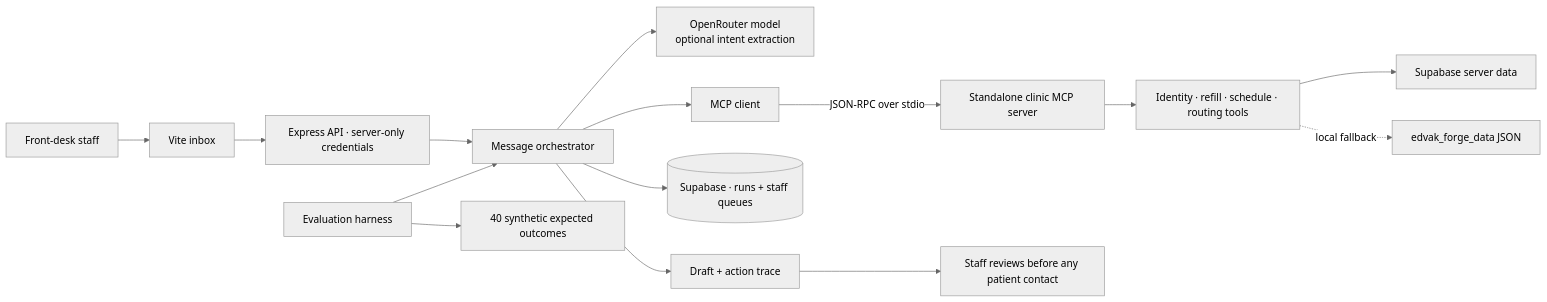
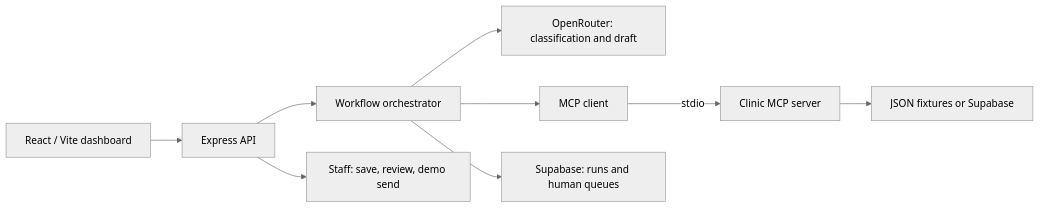
One commit to samiuddin155/edvakehr changed the diagram in README.md. Above: the diagram before and after it, drawn with Mermaid (neutral theme). The commit also changed other lines of this file and 66 other files, not shown here.

````diff
--- a/README.md
+++ b/README.md
@@ -9,17 +23,11 @@
 ```mermaid
 flowchart LR
-  Staff[Front-desk staff] --> UI[Vite inbox]
-  UI --> API[Express API · server-only credentials]
-  API --> Agent[Message orchestrator]
-  Agent --> OR[OpenRouter model\noptional intent extraction]
-  Agent --> MCPClient[MCP client]
-  MCPClient -->|JSON-RPC over stdio| MCPServer[Standalone clinic MCP server]
-  MCPServer --> Rules[Identity · refill · schedule · routing tools]
-  Rules --> Data[Supabase server data]
-  Rules -. local fallback .-> JSON[edvak_forge_data JSON]
-  Agent --> Store[(Supabase · runs + staff queues)]
-  Agent --> Draft[Draft + action trace]
-  Draft --> Review[Staff reviews before any patient contact]
-  Eval[Evaluation harness] --> Agent
-  Eval --> Labels[40 synthetic expected outcomes]
+  UI[React / Vite dashboard] --> API[Express API]
+  API --> Agent[Workflow orchestrator]
+  Agent --> Model[OpenRouter: classification and draft]
+  Agent --> Client[MCP client]
+  Client -->|stdio| MCP[Clinic MCP server]
+  MCP --> Data[JSON fixtures or Supabase]
+  Agent --> Store[Supabase: runs and human queues]
+  API --> Review[Staff: save, review, demo send]
 ```
````
